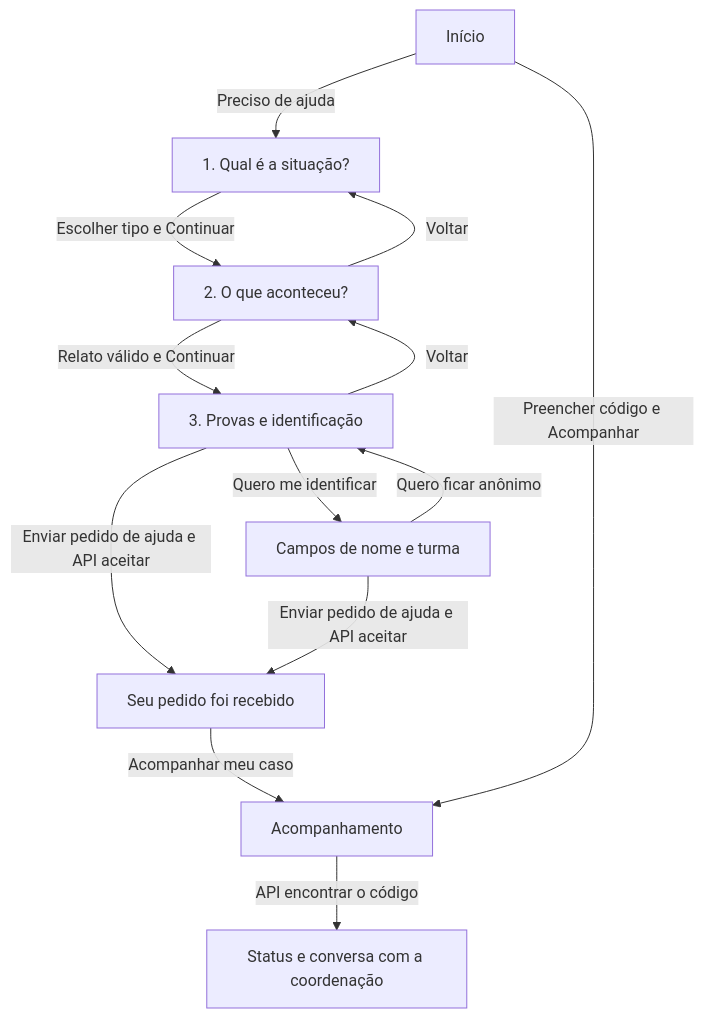
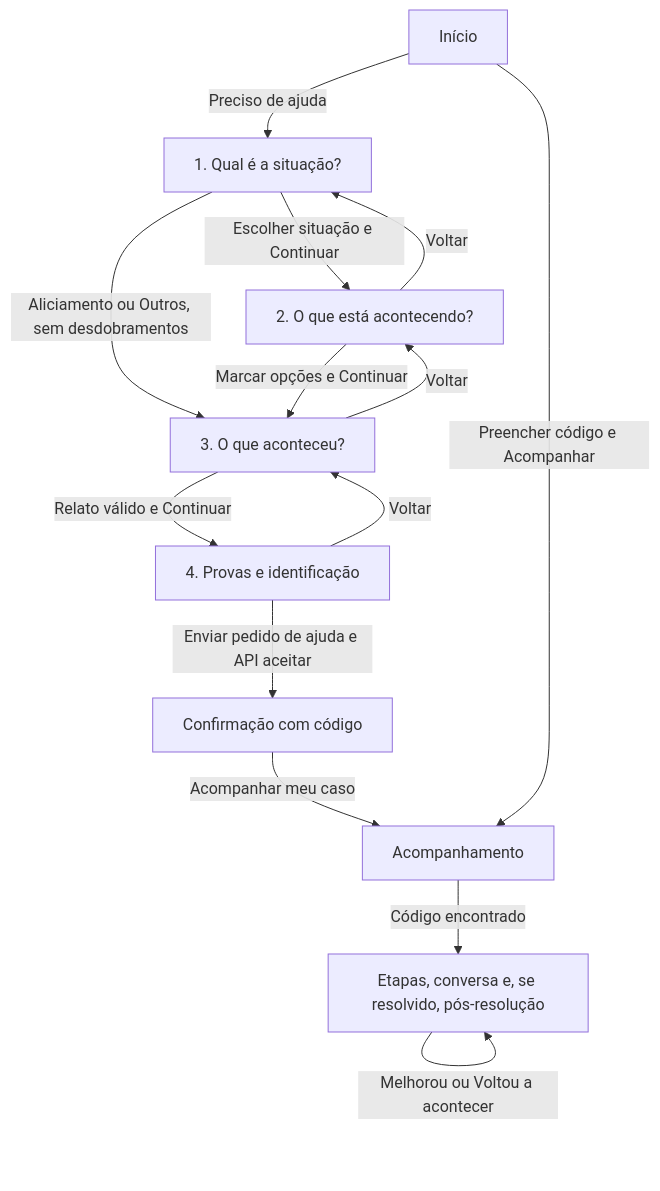
Before and after one commit to iarlleidavi09-debug/seguranca-integral: the first of 2 diagrams in frontend/docs/MAPA-INTERFACES.md, drawn with Mermaid. The commit also changed other lines of this file and 4 other files, not shown here.

````diff
--- a/frontend/docs/MAPA-INTERFACES.md
+++ b/frontend/docs/MAPA-INTERFACES.md
@@ -20,15 +20,16 @@
 ```mermaid
 flowchart TD
   A[Início] -->|Preciso de ajuda| B[1. Qual é a situação?]
-  B -->|Escolher tipo e Continuar| C[2. O que aconteceu?]
-  C -->|Relato válido e Continuar| D[3. Provas e identificação]
-  D -->|Quero me identificar| E[Campos de nome e turma]
-  E -->|Quero ficar anônimo| D
-  D -->|Enviar pedido de ajuda e API aceitar| F[Seu pedido foi recebido]
-  E -->|Enviar pedido de ajuda e API aceitar| F
+  B -->|Escolher situação e Continuar| C[2. O que está acontecendo?]
+  B -->|Aliciamento ou Outros, sem desdobramentos| D[3. O que aconteceu?]
+  C -->|Marcar opções e Continuar| D
+  D -->|Relato válido e Continuar| E[4. Provas e identificação]
+  E -->|Enviar pedido de ajuda e API aceitar| F[Confirmação com código]
   F -->|Acompanhar meu caso| G[Acompanhamento]
   A -->|Preencher código e Acompanhar| G
-  G -->|API encontrar o código| H[Status e conversa com a coordenação]
+  G -->|Código encontrado| H[Etapas, conversa e, se resolvido, pós-resolução]
+  H -->|Melhorou ou Voltou a acontecer| H
   C -->|Voltar| B
   D -->|Voltar| C
+  E -->|Voltar| D
 ```
````
